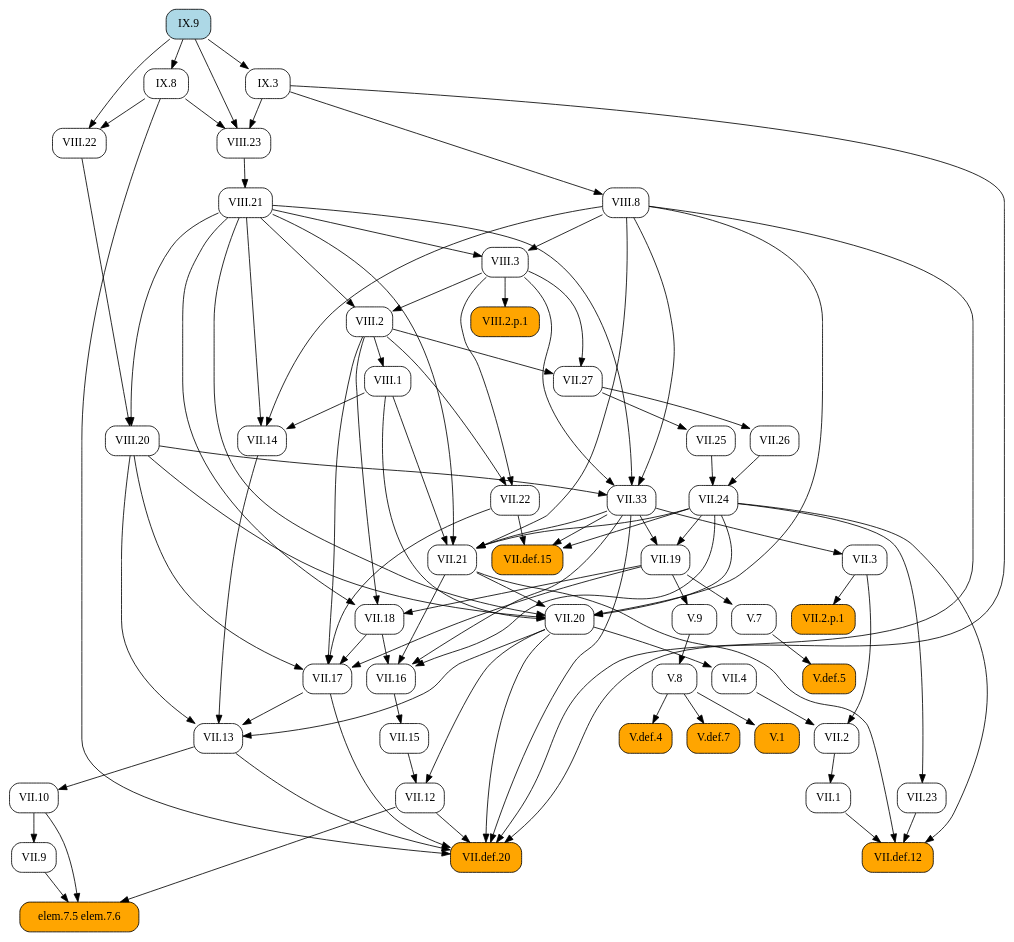
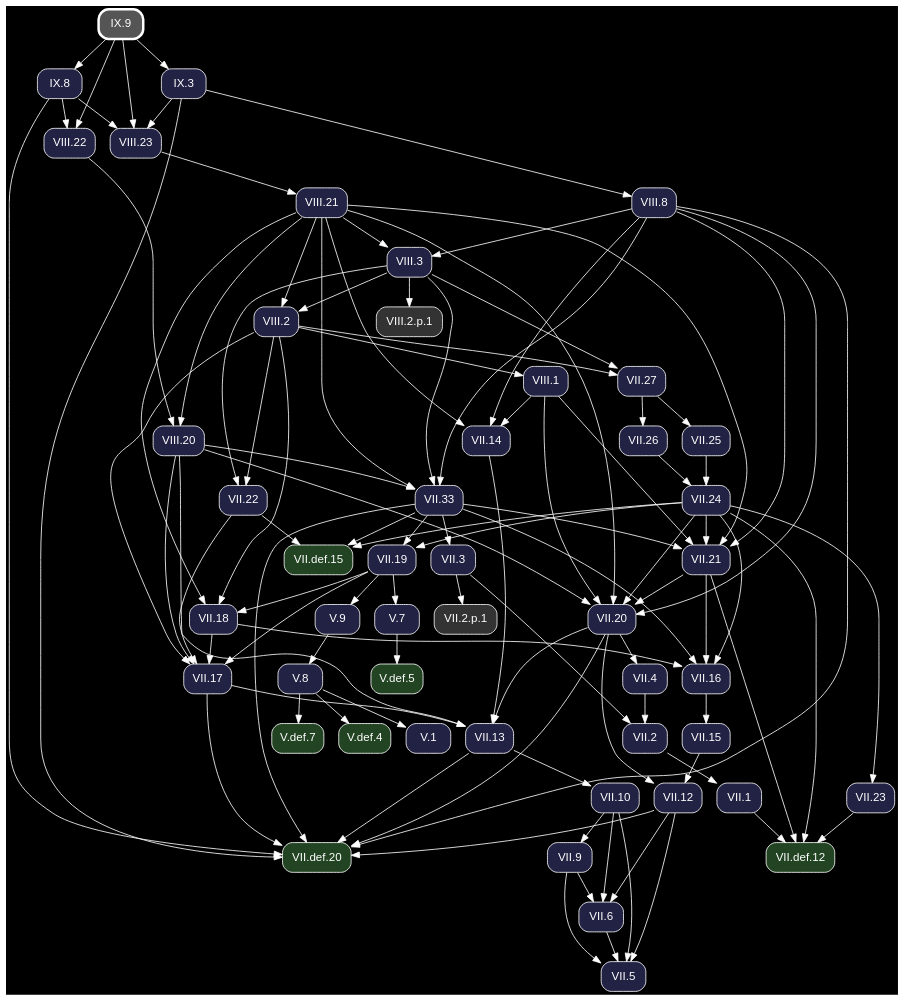
The diagram in docsrc/heath/IX/9/index.rst (geometor/elements), drawn with Graphviz before and after one commit. The commit also changed other lines of this file and 1200 other files, not shown here.

Commit message:
update dependency graphs

```diff
--- a/docsrc/heath/IX/9/index.rst
+++ b/docsrc/heath/IX/9/index.rst
@@ -50,103 +50,66 @@
 .. graphviz::
 
    digraph {
+     bgcolor="black";
+     node [shape=box, style="rounded,filled", fontname="Helvetica", color="white", fontcolor="white"];
+     edge [color="white", fontcolor="white"];
      rankdir="TB";
-     node [shape=box, style=rounded];
-     "IX.8" [URL="/heath/IX/8/", target="_top"];
-     "VII.33" [URL="/heath/VII/33/", target="_top"];
-     "VII.12" [URL="/heath/VII/12/", target="_top"];
-     "elem.7.5 elem.7.6" [style="rounded,filled", fillcolor=orange];
-     "VIII.20" [URL="/heath/VIII/20/", target="_top"];
-     "VII.9" [URL="/heath/VII/9/", target="_top"];
-     "VIII.2" [URL="/heath/VIII/2/", target="_top"];
-     "VII.18" [URL="/heath/VII/18/", target="_top"];
-     "VII.16" [URL="/heath/VII/16/", target="_top"];
-     "V.7" [URL="/heath/V/7/", target="_top"];
-     "VII.26" [URL="/heath/VII/26/", target="_top"];
-     "V.def.5" [style="rounded,filled", fillcolor=orange, URL="/heath/V/def.5/", target="_top"];
-     "V.9" [URL="/heath/V/9/", target="_top"];
-     "VIII.8" [URL="/heath/VIII/8/", target="_top"];
-     "VII.10" [URL="/heath/VII/10/", target="_top"];
-     "VIII.3" [URL="/heath/VIII/3/", target="_top"];
-     "VII.13" [URL="/heath/VII/13/", target="_top"];
-     "VIII.23" [URL="/heath/VIII/23/", target="_top"];
-     "VII.def.15" [style="rounded,filled", fillcolor=orange, URL="/heath/VII/def.15/", target="_top"];
-     "VII.17" [URL="/heath/VII/17/", target="_top"];
-     "VII.19" [URL="/heath/VII/19/", target="_top"];
-     "VIII.2.p.1" [style="rounded,filled", fillcolor=orange];
-     "VII.2" [URL="/heath/VII/2/", target="_top"];
-     "VII.def.20" [style="rounded,filled", fillcolor=orange, URL="/heath/VII/def.20/", target="_top"];
-     "VII.2.p.1" [style="rounded,filled", fillcolor=orange];
-     "VII.15" [URL="/heath/VII/15/", target="_top"];
-     "V.def.4" [style="rounded,filled", fillcolor=orange, URL="/heath/V/def.4/", target="_top"];
-     "VIII.22" [URL="/heath/VIII/22/", target="_top"];
-     "V.def.7" [style="rounded,filled", fillcolor=orange, URL="/heath/V/def.7/", target="_top"];
-     "VIII.21" [URL="/heath/VIII/21/", target="_top"];
-     "VII.14" [URL="/heath/VII/14/", target="_top"];
-     "IX.9" [style="rounded,filled", fillcolor=lightblue, URL="/heath/IX/9/", target="_top"];
-     "VII.27" [URL="/heath/VII/27/", target="_top"];
-     "VII.21" [URL="/heath/VII/21/", target="_top"];
-     "VII.22" [URL="/heath/VII/22/", target="_top"];
-     "VII.25" [URL="/heath/VII/25/", target="_top"];
-     "VIII.1" [URL="/heath/VIII/1/", target="_top"];
-     "VII.1" [URL="/heath/VII/1/", target="_top"];
-     "V.8" [URL="/heath/V/8/", target="_top"];
-     "VII.23" [URL="/heath/VII/23/", target="_top"];
-     "VII.4" [URL="/heath/VII/4/", target="_top"];
-     "VII.def.12" [style="rounded,filled", fillcolor=orange, URL="/heath/VII/def.12/", target="_top"];
-     "V.1" [style="rounded,filled", fillcolor=orange, URL="/heath/V/1/", target="_top"];
-     "VII.3" [URL="/heath/VII/3/", target="_top"];
-     "VII.24" [URL="/heath/VII/24/", target="_top"];
-     "VII.20" [URL="/heath/VII/20/", target="_top"];
-     "IX.3" [URL="/heath/IX/3/", target="_top"];
-     "IX.9" -> "IX.8";
+     "VII.33" [fillcolor="#222244", URL="/heath/VII/33/", target="_top"];
+     "V.def.5" [fillcolor="#224422", URL="/heath/V/def.5/", target="_top"];
+     "VII.18" [fillcolor="#222244", URL="/heath/VII/18/", target="_top"];
+     "VII.2" [fillcolor="#222244", URL="/heath/VII/2/", target="_top"];
+     "IX.9" [penwidth=3, color="white", fillcolor="#555555", URL="/heath/IX/9/", target="_top"];
+     "VII.def.20" [fillcolor="#224422", URL="/heath/VII/def.20/", target="_top"];
+     "VIII.8" [fillcolor="#222244", URL="/heath/VIII/8/", target="_top"];
+     "VIII.21" [fillcolor="#222244", URL="/heath/VIII/21/", target="_top"];
+     "VII.26" [fillcolor="#222244", URL="/heath/VII/26/", target="_top"];
+     "VII.1" [fillcolor="#222244", URL="/heath/VII/1/", target="_top"];
+     "VII.13" [fillcolor="#222244", URL="/heath/VII/13/", target="_top"];
+     "VIII.2.p.1" [fillcolor="#333333"];
+     "VII.27" [fillcolor="#222244", URL="/heath/VII/27/", target="_top"];
+     "VII.4" [fillcolor="#222244", URL="/heath/VII/4/", target="_top"];
+     "IX.3" [fillcolor="#222244", URL="/heath/IX/3/", target="_top"];
+     "VII.25" [fillcolor="#222244", URL="/heath/VII/25/", target="_top"];
+     "IX.8" [fillcolor="#222244", URL="/heath/IX/8/", target="_top"];
+     "VIII.20" [fillcolor="#222244", URL="/heath/VIII/20/", target="_top"];
+     "VIII.22" [fillcolor="#222244", URL="/heath/VIII/22/", target="_top"];
+     "VII.21" [fillcolor="#222244", URL="/heath/VII/21/", target="_top"];
+     "VII.9" [fillcolor="#222244", URL="/heath/VII/9/", target="_top"];
+     "V.7" [fillcolor="#222244", URL="/heath/V/7/", target="_top"];
+     "VII.12" [fillcolor="#222244", URL="/heath/VII/12/", target="_top"];
+     "V.9" [fillcolor="#222244", URL="/heath/V/9/", target="_top"];
+     "VII.17" [fillcolor="#222244", URL="/heath/VII/17/", target="_top"];
+     "VII.24" [fillcolor="#222244", URL="/heath/VII/24/", target="_top"];
+     "VII.22" [fillcolor="#222244", URL="/heath/VII/22/", target="_top"];
+     "VIII.2" [fillcolor="#222244", URL="/heath/VIII/2/", target="_top"];
+     "V.def.7" [fillcolor="#224422", URL="/heath/V/def.7/", target="_top"];
+     "VII.20" [fillcolor="#222244", URL="/heath/VII/20/", target="_top"];
+     "V.def.4" [fillcolor="#224422", URL="/heath/V/def.4/", target="_top"];
+     "VII.5" [fillcolor="#222244", URL="/heath/VII/5/", target="_top"];
+     "VIII.23" [fillcolor="#222244", URL="/heath/VIII/23/", target="_top"];
+     "VII.def.15" [fillcolor="#224422", URL="/heath/VII/def.15/", target="_top"];
+     "VIII.3" [fillcolor="#222244", URL="/heath/VIII/3/", target="_top"];
+     "VII.2.p.1" [fillcolor="#333333"];
+     "VII.6" [fillcolor="#222244", URL="/heath/VII/6/", target="_top"];
+     "VII.16" [fillcolor="#222244", URL="/heath/VII/16/", target="_top"];
+     "VII.15" [fillcolor="#222244", URL="/heath/VII/15/", target="_top"];
+     "V.1" [fillcolor="#222244", URL="/heath/V/1/", target="_top"];
+     "VII.10" [fillcolor="#222244", URL="/heath/VII/10/", target="_top"];
+     "VII.23" [fillcolor="#222244", URL="/heath/VII/23/", target="_top"];
+     "VII.def.12" [fillcolor="#224422", URL="/heath/VII/def.12/", target="_top"];
+     "VII.19" [fillcolor="#222244", URL="/heath/VII/19/", target="_top"];
+     "VIII.1" [fillcolor="#222244", URL="/heath/VIII/1/", target="_top"];
+     "V.8" [fillcolor="#222244", URL="/heath/V/8/", target="_top"];
+     "VII.3" [fillcolor="#222244", URL="/heath/VII/3/", target="_top"];
+     "VII.14" [fillcolor="#222244", URL="/heath/VII/14/", target="_top"];
      "VIII.3" -> "VII.33";
      "VIII.8" -> "VII.33";
      "VIII.20" -> "VII.33";
      "VIII.21" -> "VII.33";
-     "VII.15" -> "VII.12";
-     "VII.20" -> "VII.12";
-     "VII.9" -> "elem.7.5 elem.7.6";
-     "VII.10" -> "elem.7.5 elem.7.6";
-     "VII.12" -> "elem.7.5 elem.7.6";
-     "VIII.21" -> "VIII.20";
-     "VIII.22" -> "VIII.20";
-     "VII.10" -> "VII.9";
-     "VIII.3" -> "VIII.2";
-     "VIII.21" -> "VIII.2";
+     "V.7" -> "V.def.5";
      "VII.19" -> "VII.18";
      "VIII.2" -> "VII.18";
      "VIII.21" -> "VII.18";
-     "VII.18" -> "VII.16";
-     "VII.21" -> "VII.16";
-     "VII.24" -> "VII.16";
-     "VII.33" -> "VII.16";
-     "VII.19" -> "V.7";
-     "VII.27" -> "VII.26";
-     "V.7" -> "V.def.5";
-     "VII.19" -> "V.9";
-     "IX.3" -> "VIII.8";
-     "VII.13" -> "VII.10";
-     "VIII.8" -> "VIII.3";
-     "VIII.21" -> "VIII.3";
-     "VII.14" -> "VII.13";
-     "VII.17" -> "VII.13";
-     "VII.20" -> "VII.13";
-     "VIII.20" -> "VII.13";
-     "IX.3" -> "VIII.23";
-     "IX.8" -> "VIII.23";
-     "IX.9" -> "VIII.23";
-     "VII.22" -> "VII.def.15";
-     "VII.24" -> "VII.def.15";
-     "VII.33" -> "VII.def.15";
-     "VII.18" -> "VII.17";
-     "VII.19" -> "VII.17";
-     "VII.22" -> "VII.17";
-     "VIII.2" -> "VII.17";
-     "VIII.20" -> "VII.17";
-     "VII.24" -> "VII.19";
-     "VII.33" -> "VII.19";
-     "VIII.3" -> "VIII.2.p.1";
      "VII.3" -> "VII.2";
      "VII.4" -> "VII.2";
      "VII.12" -> "VII.def.20";
@@ -157,44 +120,88 @@
      "VIII.8" -> "VII.def.20";
      "IX.3" -> "VII.def.20";
      "IX.8" -> "VII.def.20";
-     "VII.3" -> "VII.2.p.1";
-     "VII.16" -> "VII.15";
-     "V.8" -> "V.def.4";
+     "IX.3" -> "VIII.8";
+     "VIII.23" -> "VIII.21";
+     "VII.27" -> "VII.26";
+     "VII.2" -> "VII.1";
+     "VII.14" -> "VII.13";
+     "VII.17" -> "VII.13";
+     "VII.20" -> "VII.13";
+     "VIII.20" -> "VII.13";
+     "VIII.3" -> "VIII.2.p.1";
+     "VIII.2" -> "VII.27";
+     "VIII.3" -> "VII.27";
+     "VII.20" -> "VII.4";
+     "IX.9" -> "IX.3";
+     "VII.27" -> "VII.25";
+     "IX.9" -> "IX.8";
+     "VIII.21" -> "VIII.20";
+     "VIII.22" -> "VIII.20";
      "IX.8" -> "VIII.22";
      "IX.9" -> "VIII.22";
-     "V.8" -> "V.def.7";
-     "VIII.23" -> "VIII.21";
-     "VIII.1" -> "VII.14";
-     "VIII.8" -> "VII.14";
-     "VIII.21" -> "VII.14";
-     "VIII.2" -> "VII.27";
-     "VIII.3" -> "VII.27";
      "VII.24" -> "VII.21";
      "VII.33" -> "VII.21";
      "VIII.1" -> "VII.21";
      "VIII.8" -> "VII.21";
      "VIII.21" -> "VII.21";
+     "VII.10" -> "VII.9";
+     "VII.19" -> "V.7";
+     "VII.15" -> "VII.12";
+     "VII.20" -> "VII.12";
+     "VII.19" -> "V.9";
+     "VII.18" -> "VII.17";
+     "VII.19" -> "VII.17";
+     "VII.22" -> "VII.17";
+     "VIII.2" -> "VII.17";
+     "VIII.20" -> "VII.17";
+     "VII.25" -> "VII.24";
+     "VII.26" -> "VII.24";
      "VIII.2" -> "VII.22";
      "VIII.3" -> "VII.22";
-     "VII.27" -> "VII.25";
-     "VIII.2" -> "VIII.1";
-     "VII.2" -> "VII.1";
-     "V.9" -> "V.8";
-     "VII.24" -> "VII.23";
-     "VII.20" -> "VII.4";
-     "VII.1" -> "VII.def.12";
-     "VII.21" -> "VII.def.12";
-     "VII.23" -> "VII.def.12";
-     "VII.24" -> "VII.def.12";
-     "V.8" -> "V.1";
-     "VII.33" -> "VII.3";
-     "VII.25" -> "VII.24";
-     "VII.26" -> "VII.24";
+     "VIII.3" -> "VIII.2";
+     "VIII.21" -> "VIII.2";
+     "V.8" -> "V.def.7";
      "VII.21" -> "VII.20";
      "VII.24" -> "VII.20";
      "VIII.1" -> "VII.20";
      "VIII.8" -> "VII.20";
      "VIII.20" -> "VII.20";
      "VIII.21" -> "VII.20";
-     "IX.9" -> "IX.3";
+     "V.8" -> "V.def.4";
+     "VII.6" -> "VII.5";
+     "VII.9" -> "VII.5";
+     "VII.10" -> "VII.5";
+     "VII.12" -> "VII.5";
+     "IX.3" -> "VIII.23";
+     "IX.8" -> "VIII.23";
+     "IX.9" -> "VIII.23";
+     "VII.22" -> "VII.def.15";
+     "VII.24" -> "VII.def.15";
+     "VII.33" -> "VII.def.15";
+     "VIII.8" -> "VIII.3";
+     "VIII.21" -> "VIII.3";
+     "VII.3" -> "VII.2.p.1";
+     "VII.9" -> "VII.6";
+     "VII.10" -> "VII.6";
+     "VII.12" -> "VII.6";
+     "VII.18" -> "VII.16";
+     "VII.21" -> "VII.16";
+     "VII.24" -> "VII.16";
+     "VII.33" -> "VII.16";
+     "VII.16" -> "VII.15";
+     "V.8" -> "V.1";
+     "VII.13" -> "VII.10";
+     "VII.24" -> "VII.23";
+     "VII.1" -> "VII.def.12";
+     "VII.21" -> "VII.def.12";
+     "VII.23" -> "VII.def.12";
+     "VII.24" -> "VII.def.12";
+     "VII.24" -> "VII.19";
+     "VII.33" -> "VII.19";
+     "VIII.2" -> "VIII.1";
+     "V.9" -> "V.8";
+     "VII.33" -> "VII.3";
+     "VIII.1" -> "VII.14";
+     "VIII.8" -> "VII.14";
+     "VIII.21" -> "VII.14";
    }
```
